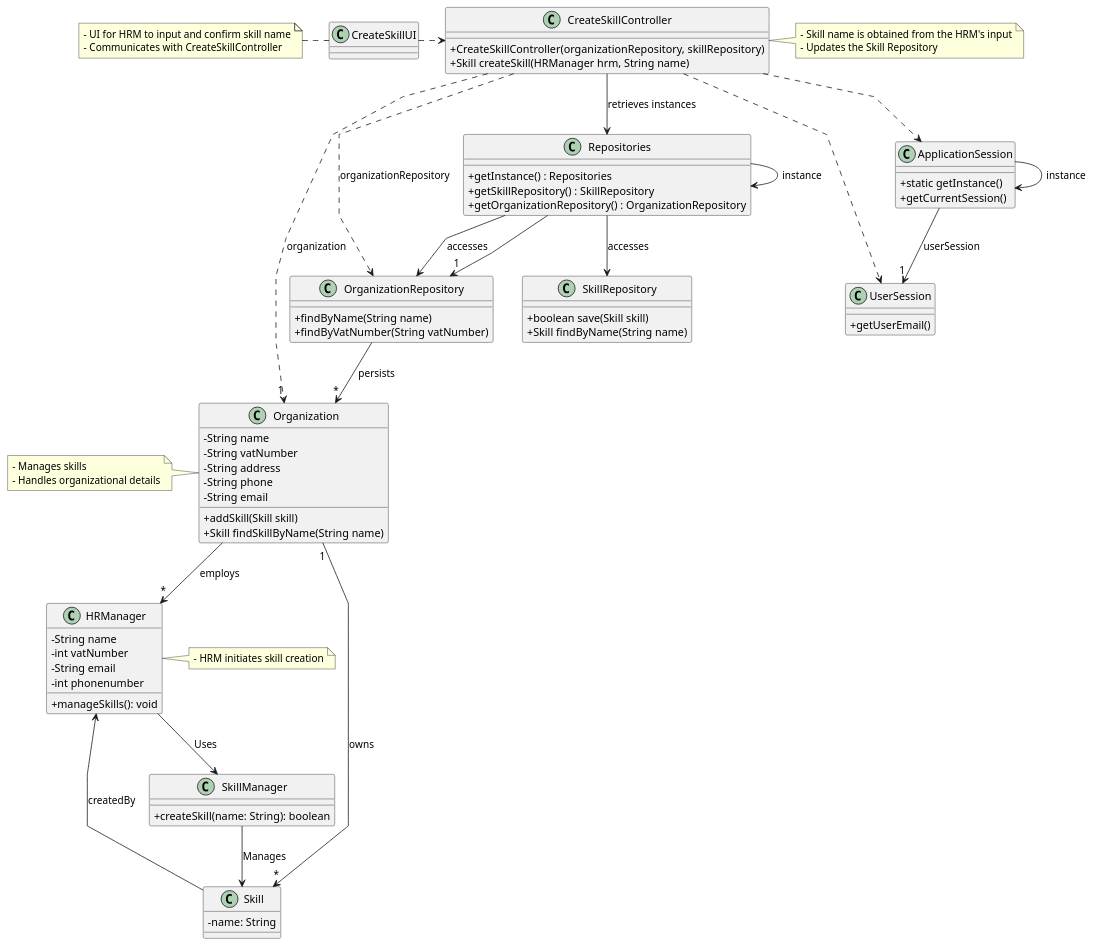
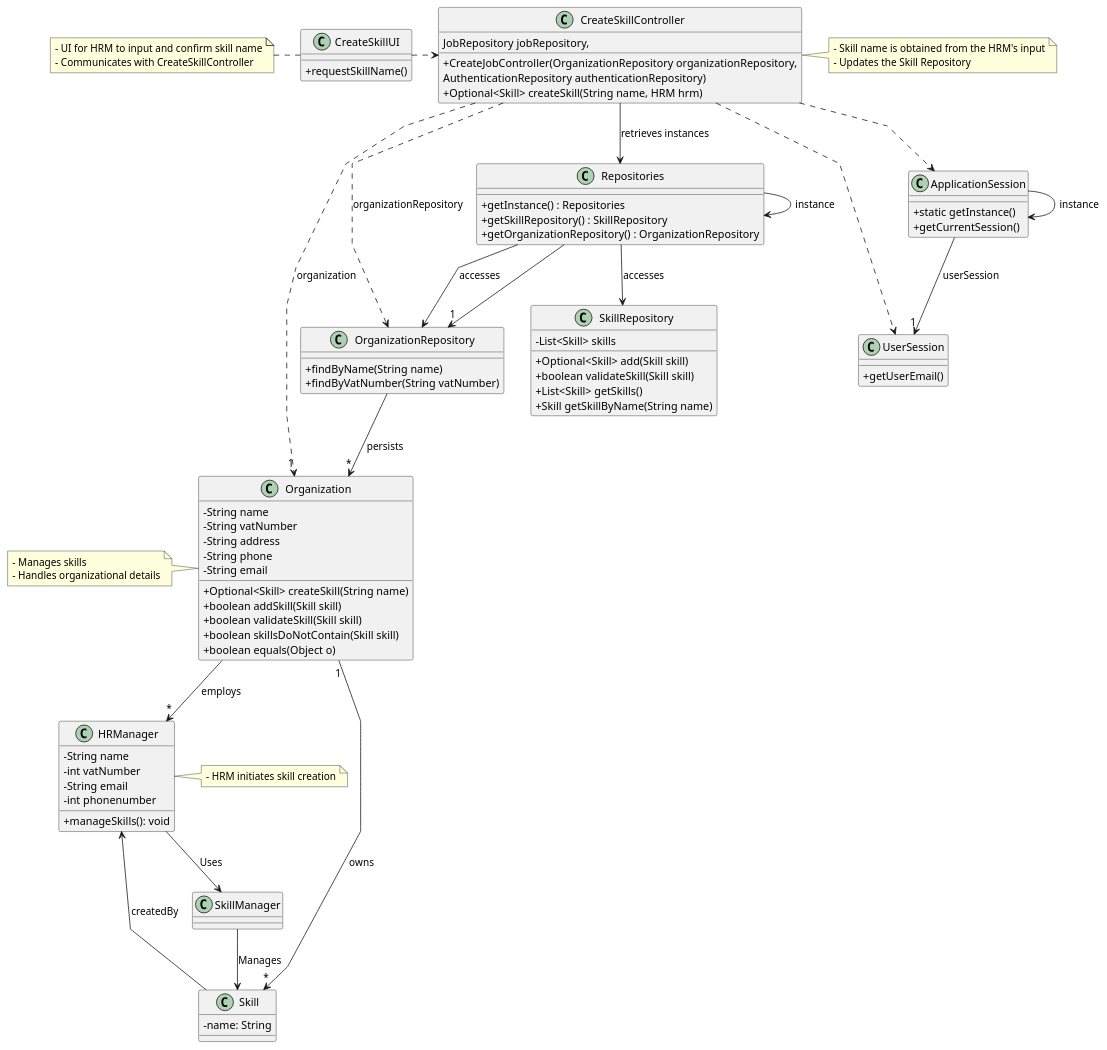
The diagram in docs/sprint2/us001/03.design/puml/us001-class-diagram.puml (tiagosoa/lei-24-s2-1dgh-g073), drawn with PlantUML before and after one commit. The commit also changed 74 other files, not shown here.

```diff
--- a/docs/sprint2/us001/03.design/puml/us001-class-diagram.puml
+++ b/docs/sprint2/us001/03.design/puml/us001-class-diagram.puml
@@ -1,121 +1,125 @@
 @startuml
 'skinparam monochrome true
 skinparam packageStyle rectangle
 skinparam shadowing false
 skinparam linetype polyline
 'skinparam linetype orto
 
 skinparam classAttributeIconSize 0
 
 'left to right direction
 
 class ApplicationSession
 {
     + static getInstance()
     + getCurrentSession()
 }
 
 class UserSession
 {
     + getUserEmail()
 }
 
 class Skill {
     - name: String
 }
 
-class SkillManager {
-    + createSkill(name: String): boolean
-}
-
 class SkillRepository {
-  + boolean save(Skill skill)
-  + Skill findByName(String name)
+  - List<Skill> skills
+  + Optional<Skill> add(Skill skill)
+  + boolean validateSkill(Skill skill)
+  + List<Skill> getSkills()
+  + Skill getSkillByName(String name)
 }
 
 class Organization {
   - String name
   - String vatNumber
   - String address
   - String phone
   - String email
-  + addSkill(Skill skill)
-  + Skill findSkillByName(String name)
+  + Optional<Skill> createSkill(String name)
+  + boolean addSkill(Skill skill)
+  + boolean validateSkill(Skill skill)
+  + boolean skillsDoNotContain(Skill skill)
+  + boolean equals(Object o)
 }
 
 class OrganizationRepository {
   + findByName(String name)
   + findByVatNumber(String vatNumber)
 }
 
 class Repositories {
   + getInstance() : Repositories
   + getSkillRepository() : SkillRepository
   + getOrganizationRepository() : OrganizationRepository
 }
 
 class CreateSkillController {
-  + CreateSkillController(organizationRepository, skillRepository)
-  + Skill createSkill(HRManager hrm, String name)
+  + CreateJobController(OrganizationRepository organizationRepository,
+                                   JobRepository jobRepository,
+                                   AuthenticationRepository authenticationRepository)
+  + Optional<Skill> createSkill(String name, HRM hrm)
 }
 
 class CreateSkillUI {
-
+  + requestSkillName()
 }
 
 class HRManager {
    - String name
    - int vatNumber
    - String email
    - int phonenumber
     + manageSkills(): void
 }
 
 SkillManager --> Skill: Manages
 HRManager --> SkillManager: Uses
 
 note right of CreateSkillController
   - Skill name is obtained from the HRM's input
   - Updates the Skill Repository
 end note
 
 note right of HRManager
   - HRM initiates skill creation
 end note
 
 note left of CreateSkillUI
   - UI for HRM to input and confirm skill name
   - Communicates with CreateSkillController
 end note
 
 note left of Organization
   - Manages skills
   - Handles organizational details
 end note
 
 Repositories -> Repositories : instance
 ApplicationSession -> ApplicationSession : instance
 
 CreateSkillUI .> CreateSkillController
 
 CreateSkillController -down-> Repositories : retrieves instances
 
 Repositories -down-> SkillRepository : accesses
 Repositories -down-> OrganizationRepository : accesses
 
 CreateSkillController ..> OrganizationRepository : organizationRepository
 
 Repositories --> "1" OrganizationRepository
 
 OrganizationRepository --> "*" Organization : persists
 ApplicationSession --> "1" UserSession : userSession
 
 CreateSkillController ..> "1" Organization : organization
 CreateSkillController ..> ApplicationSession
 CreateSkillController ..> UserSession
 Organization "1" --> "*" Skill : owns
 Skill --> HRManager : createdBy
 
 Organization --> "*" HRManager : employs
 
 @enduml
```
